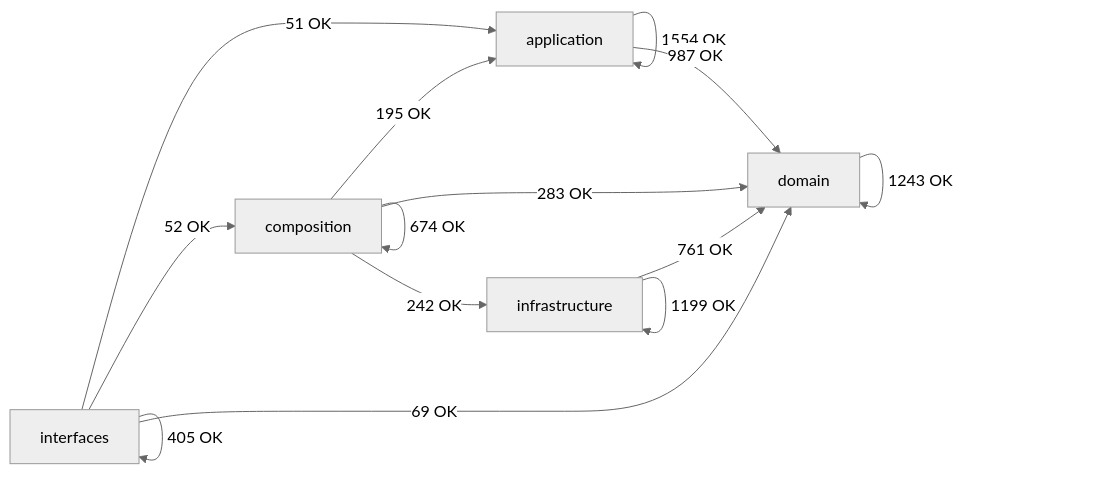
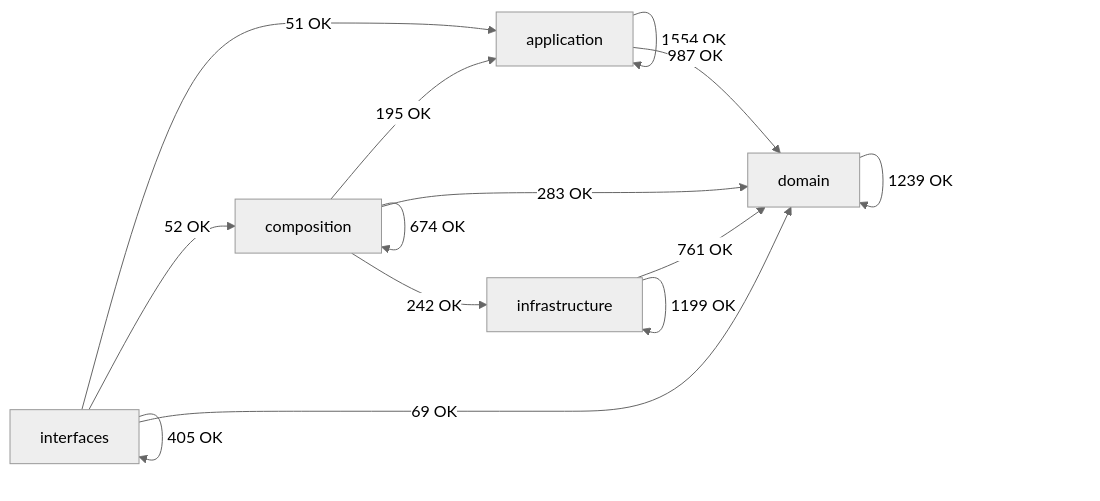
The diagram in docs/02-architecture/generated/module-dependency-map.md (SatoryKono/BioactivityDataAcquisition), drawn with Mermaid (neutral theme) before and after one commit. The commit also changed other lines of this file and 45 other files, not shown here.

````diff
--- a/docs/02-architecture/generated/module-dependency-map.md
+++ b/docs/02-architecture/generated/module-dependency-map.md
@@ -17,21 +17,21 @@
 ```mermaid
 flowchart LR
     domain[domain]
     application[application]
     infrastructure[infrastructure]
     composition[composition]
     interfaces[interfaces]
     application -->|1554 OK| application
     application -->|987 OK| domain
     composition -->|195 OK| application
     composition -->|674 OK| composition
     composition -->|283 OK| domain
     composition -->|242 OK| infrastructure
-    domain -->|1243 OK| domain
+    domain -->|1239 OK| domain
     infrastructure -->|761 OK| domain
     infrastructure -->|1199 OK| infrastructure
     interfaces -->|51 OK| application
     interfaces -->|52 OK| composition
     interfaces -->|69 OK| domain
     interfaces -->|405 OK| interfaces
 ```
````
